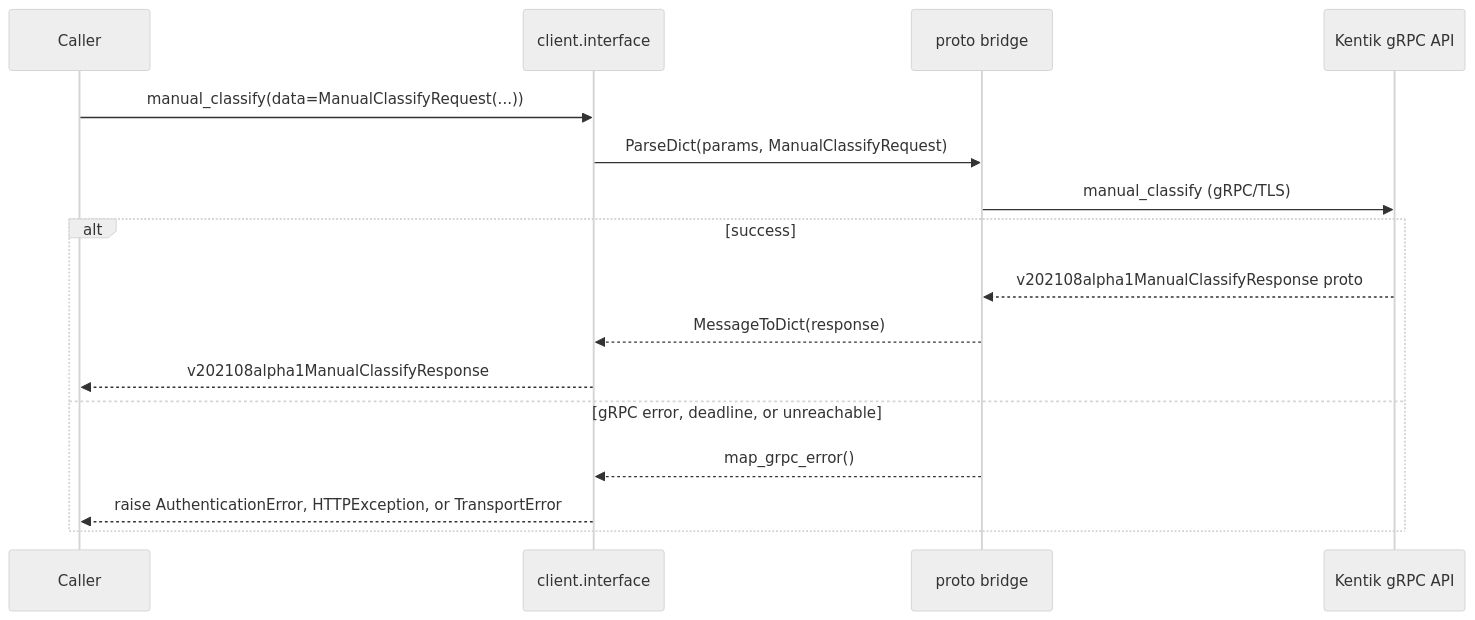
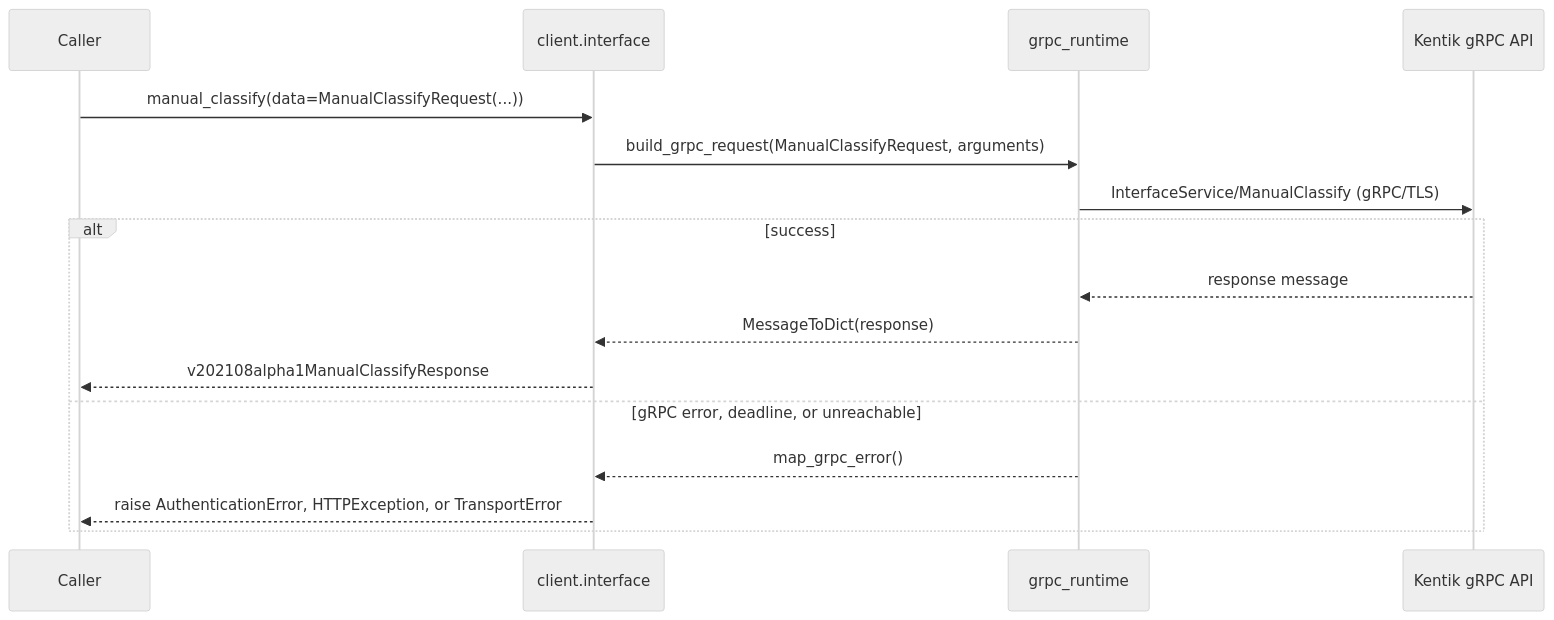
Before and after one commit to alexdearaujo/community_sdk_python: diagram 13 of 14 in docs/sphinx/services/interface.md, drawn with Mermaid (neutral theme). The commit also changed other lines of this file and 37 other files, not shown here.

First line of the commit message:
docs: show the real RPC in each service page's gRPC diagram

````diff
--- a/docs/sphinx/services/interface.md
+++ b/docs/sphinx/services/interface.md
@@ -445,19 +445,19 @@
 ```mermaid
 sequenceDiagram
     participant C as Caller
     participant W as client.interface
-    participant B as proto bridge
+    participant R as grpc_runtime
     participant API as Kentik gRPC API
 
     C->>W: manual_classify(data=ManualClassifyRequest(...))
-    W->>B: ParseDict(params, ManualClassifyRequest)
-    B->>API: manual_classify (gRPC/TLS)
+    W->>R: build_grpc_request(ManualClassifyRequest, arguments)
+    R->>API: InterfaceService/ManualClassify (gRPC/TLS)
     alt success
-        API-->>B: v202108alpha1ManualClassifyResponse proto
-        B-->>W: MessageToDict(response)
+        API-->>R: response message
+        R-->>W: MessageToDict(response)
         W-->>C: v202108alpha1ManualClassifyResponse
     else gRPC error, deadline, or unreachable
-        B-->>W: map_grpc_error()
+        R-->>W: map_grpc_error()
         W-->>C: raise AuthenticationError, HTTPException, or TransportError
     end
 ```
````
